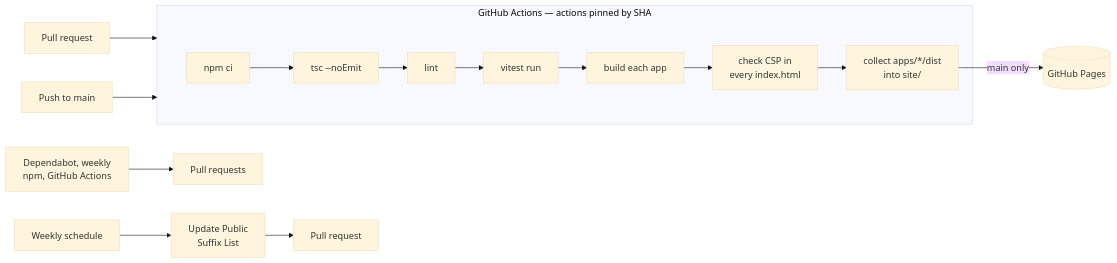
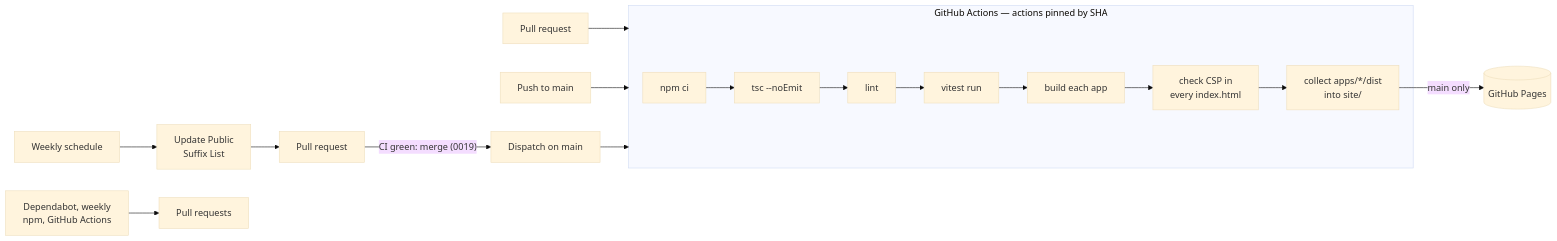
The fourth of 6 diagrams in docs/explanation/architecture.md (photom/benchside), drawn with Mermaid (base theme) before and after one commit. The commit also changed other lines of this file and 6 other files, not shown here.

````diff
--- a/docs/explanation/architecture.md
+++ b/docs/explanation/architecture.md
@@ -111,13 +111,15 @@
 ```mermaid
 flowchart LR
   pr[Pull request] --> ci
   push[Push to main] --> ci
+  dispatch[Dispatch on main] --> ci
   subgraph ci [GitHub Actions — actions pinned by SHA]
     install[npm ci] --> types[tsc --noEmit] --> lint[lint] --> test[vitest run] --> build[build each app]
     build --> csp[check CSP in<br/>every index.html]
     csp --> collect[collect apps/*/dist<br/>into site/]
   end
   collect -- "main only" --> pages[(GitHub Pages)]
   cron[Weekly schedule] --> psl[Update Public<br/>Suffix List] --> pr2[Pull request]
+  pr2 -- "CI green: merge (0019)" --> dispatch
   bot[Dependabot, weekly<br/>npm, GitHub Actions] --> pr3[Pull requests]
 ```
````
